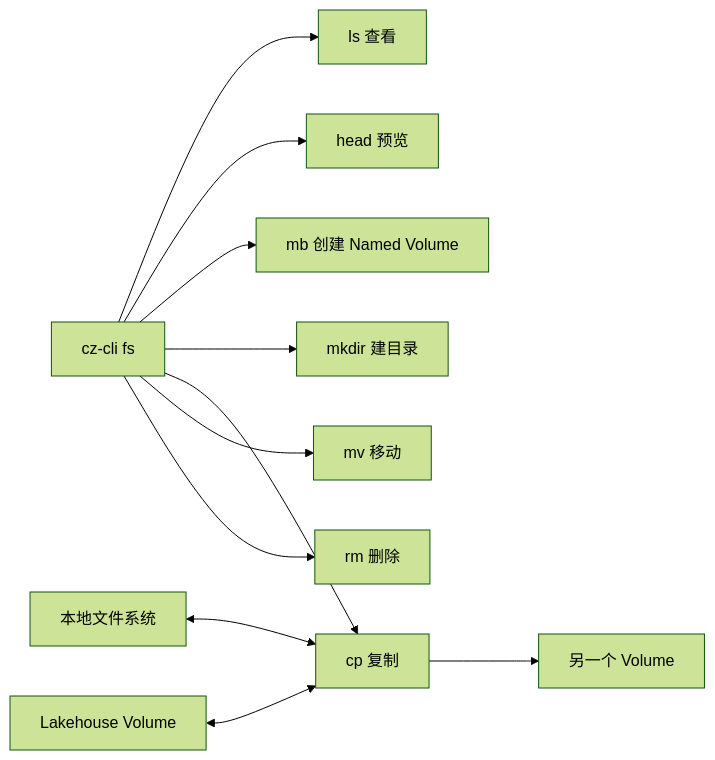
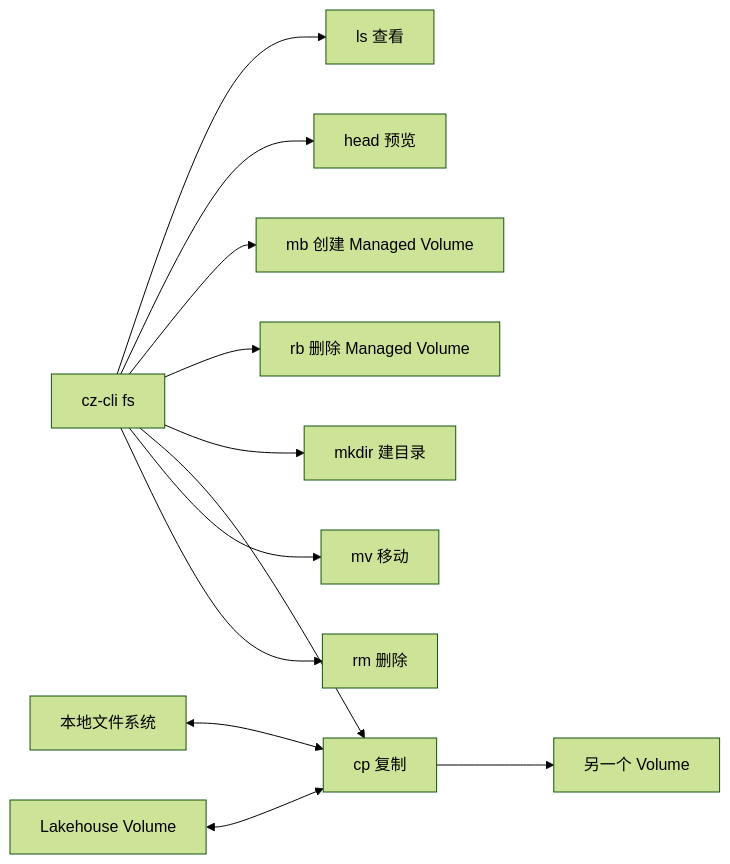
Before and after one commit to clickzetta/cz-cli: the diagram in openspec/specs/cz-cli-fs-command/spec.md, drawn with Mermaid (forest theme). The commit also changed other lines of this file and 8 other files, not shown here.

````diff
--- a/openspec/specs/cz-cli-fs-command/spec.md
+++ b/openspec/specs/cz-cli-fs-command/spec.md
@@ -31,14 +32,15 @@
 ```mermaid
 flowchart LR
     FS[cz-cli fs] --> LS[ls 查看]
     FS --> HEAD[head 预览]
-    FS --> MB[mb 创建 Named Volume]
+    FS --> MB[mb 创建 Managed Volume]
+    FS --> RB[rb 删除 Managed Volume]
     FS --> MKDIR[mkdir 建目录]
     FS --> CP[cp 复制]
     FS --> MV[mv 移动]
     FS --> RM[rm 删除]
 
     LOCAL[本地文件系统] <--> CP
     VOLUME[Lakehouse Volume] <--> CP
     CP --> VOLUME_B[另一个 Volume]
 ```
````
